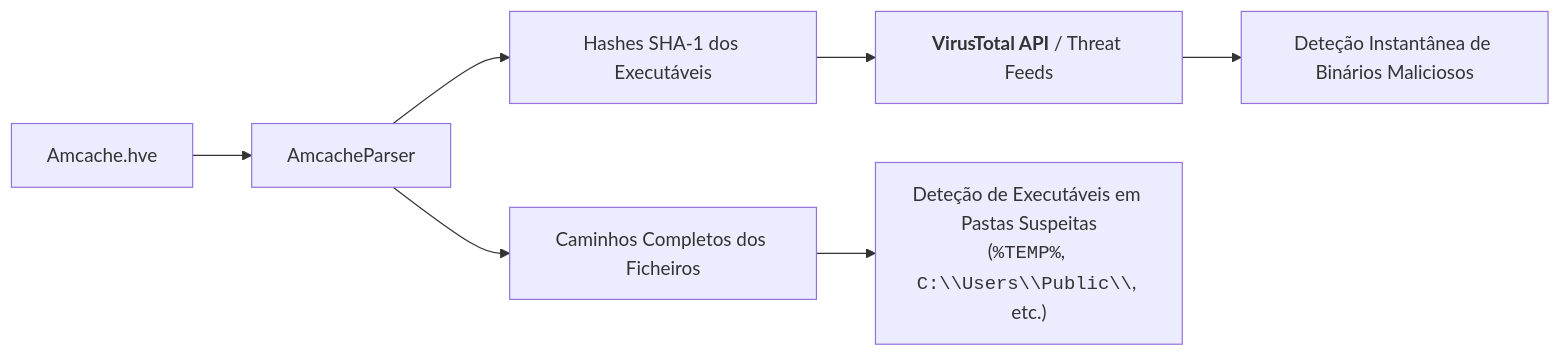
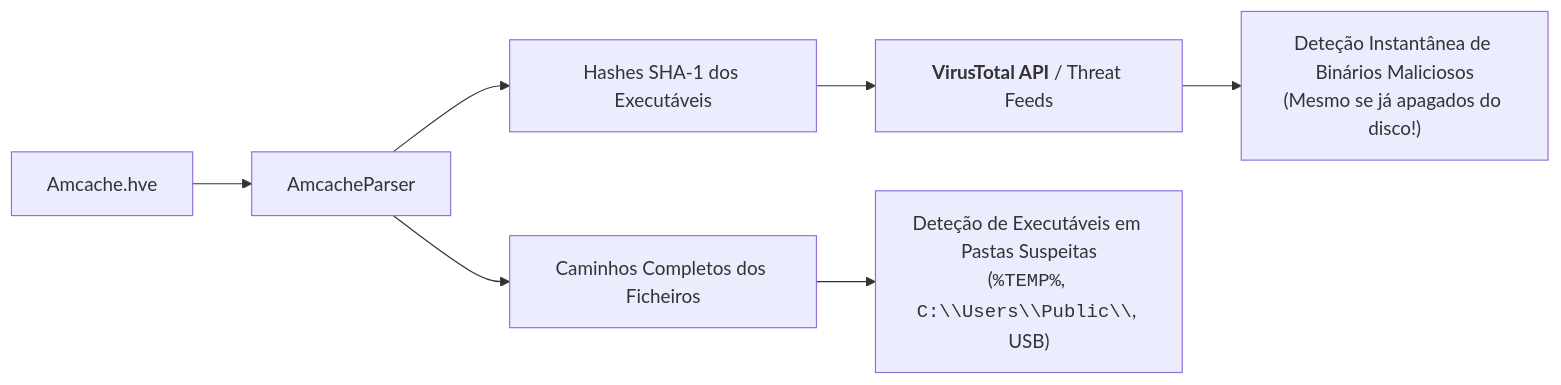
One commit to IanR0sal3s/MCIF-Vault changed the second of 2 diagrams in ASSI/Capítulo 01 - Sistemas Operativos, Serviços e Artefactos/11 - ShimCache e AmCache/Extração da AmCache e Comparação Forense com a ShimCache.md. Above: the diagram before and after it, drawn with Mermaid. The commit also changed other lines of this file and 140 other files, not shown here.

````diff
--- a/ASSI/Capítulo 01 - Sistemas Operativos, Serviços e Artefactos/11 - ShimCache e AmCache/Extração da AmCache e Comparação Forense com a ShimCache.md
+++ b/ASSI/Capítulo 01 - Sistemas Operativos, Serviços e Artefactos/11 - ShimCache e AmCache/Extração da AmCache e Comparação Forense com a ShimCache.md
@@ -96,9 +114,9 @@
 ```mermaid
 flowchart LR
     Amcache["Amcache.hve"] --> Parse["AmcacheParser"]
     Parse --> SHA1["Hashes SHA-1 dos Executáveis"]
     SHA1 --> VT["<b>VirusTotal API</b> / Threat Feeds"]
-    VT --> Mal["Deteção Instantânea de Binários Maliciosos"]
+    VT --> Mal["Deteção Instantânea de Binários Maliciosos<br/>(Mesmo se já apagados do disco!)"]
     Parse --> Path["Caminhos Completos dos Ficheiros"]
-    Path --> SusPath["Deteção de Executáveis em Pastas Suspeitas<br/>(<code>%TEMP%</code>, <code>C:\\Users\\Public\\</code>, etc.)"]
+    Path --> SusPath["Deteção de Executáveis em Pastas Suspeitas<br/>(<code>%TEMP%</code>, <code>C:\\Users\\Public\\</code>, USB)"]
 ```
````
